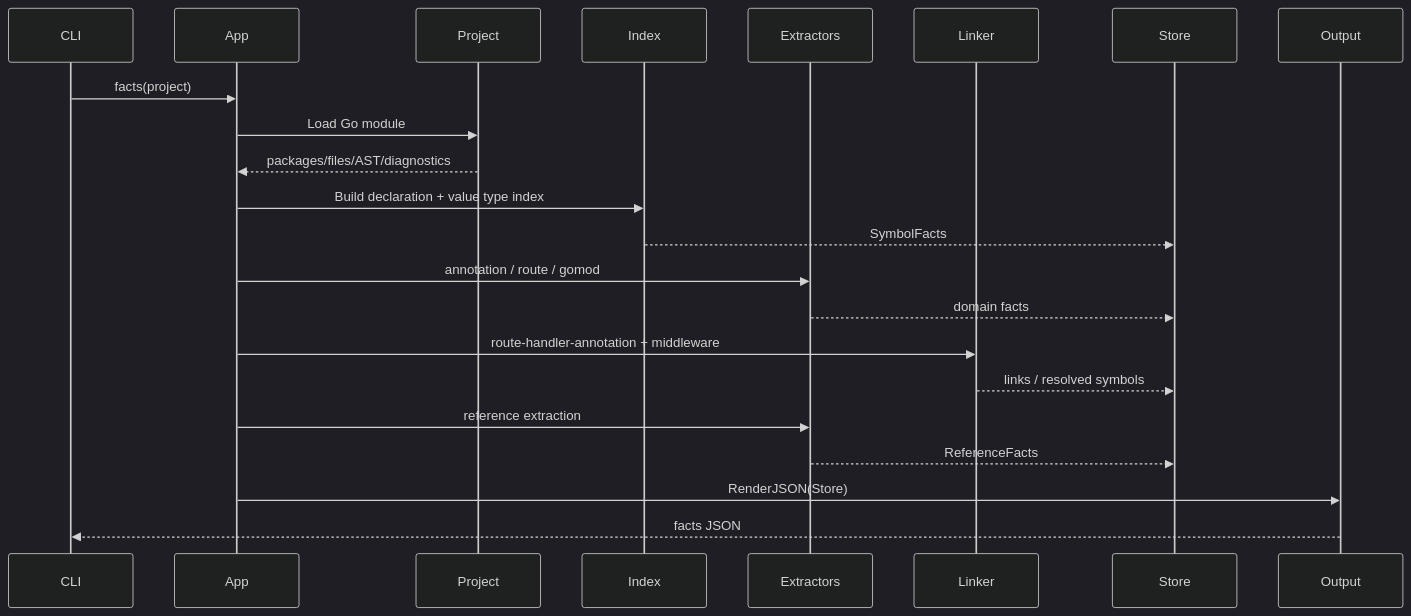
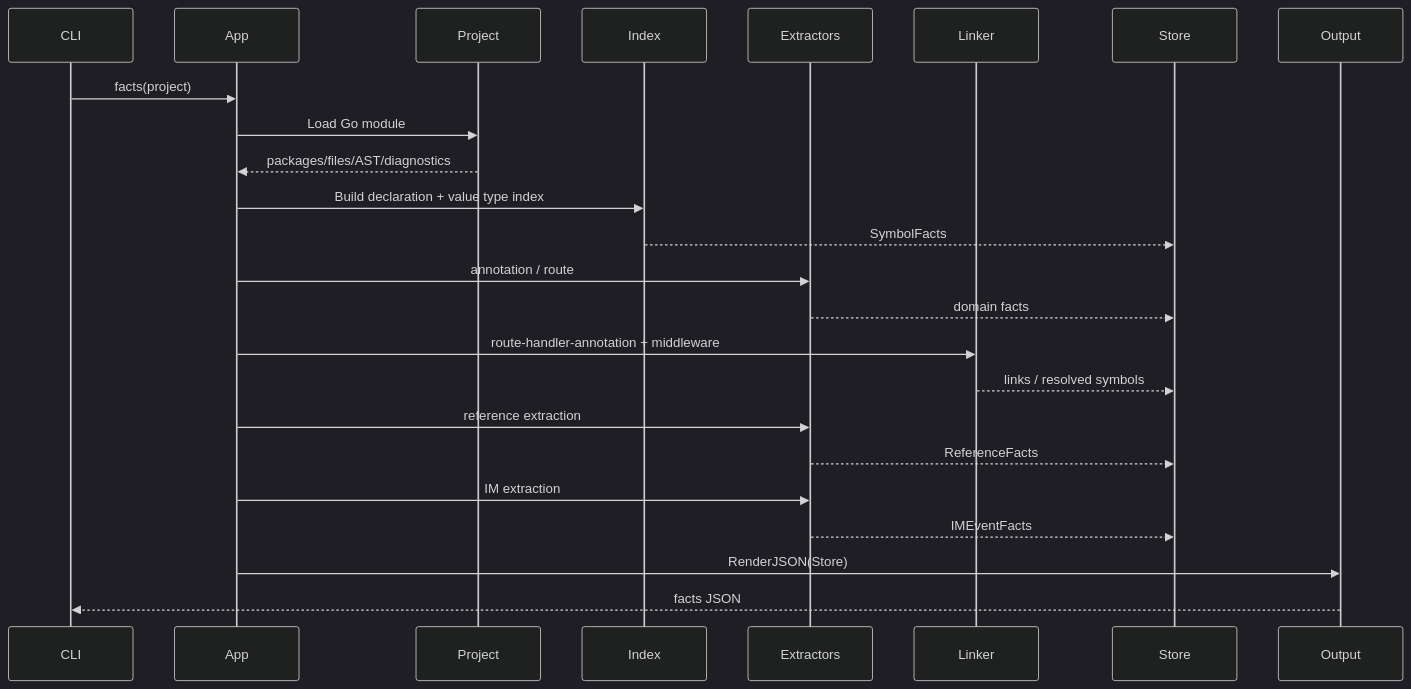
Before and after one commit to Flying-Bird1999/go-analyzer: the fourth of 5 diagrams in ARCHITECTURE.md, drawn with Mermaid (dark theme). The commit also changed other lines of this file and 3 other files, not shown here.

````diff
--- a/ARCHITECTURE.md
+++ b/ARCHITECTURE.md
@@ -794,25 +833,27 @@
 ```mermaid
 sequenceDiagram
     participant CLI
     participant App
     participant Project
     participant Index
     participant Extractors
     participant Linker
     participant Store
     participant Output
 
     CLI->>App: facts(project)
     App->>Project: Load Go module
     Project-->>App: packages/files/AST/diagnostics
     App->>Index: Build declaration + value type index
     Index-->>Store: SymbolFacts
-    App->>Extractors: annotation / route / gomod
+    App->>Extractors: annotation / route
     Extractors-->>Store: domain facts
     App->>Linker: route-handler-annotation + middleware
     Linker-->>Store: links / resolved symbols
     App->>Extractors: reference extraction
     Extractors-->>Store: ReferenceFacts
+    App->>Extractors: IM extraction
+    Extractors-->>Store: IMEventFacts
     App->>Output: RenderJSON(Store)
     Output-->>CLI: facts JSON
 ```
````
